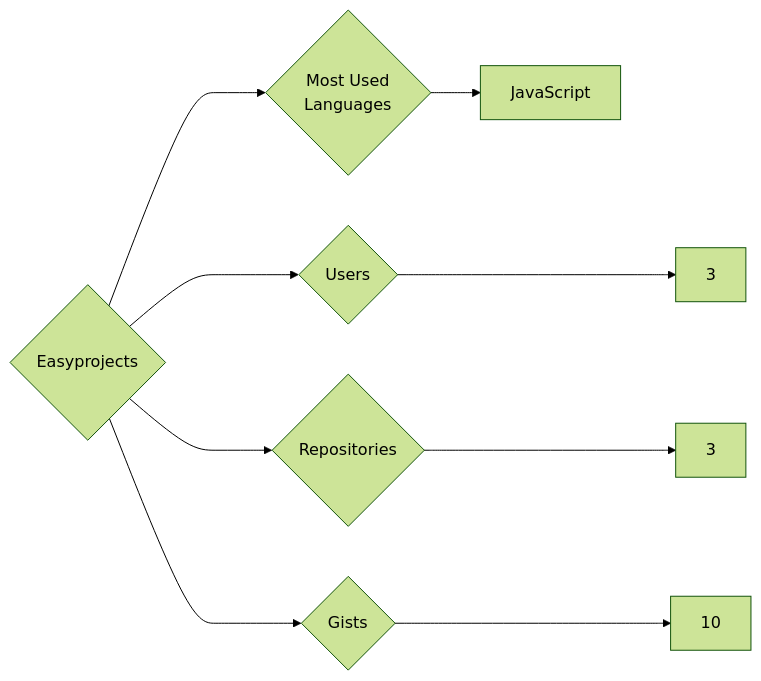
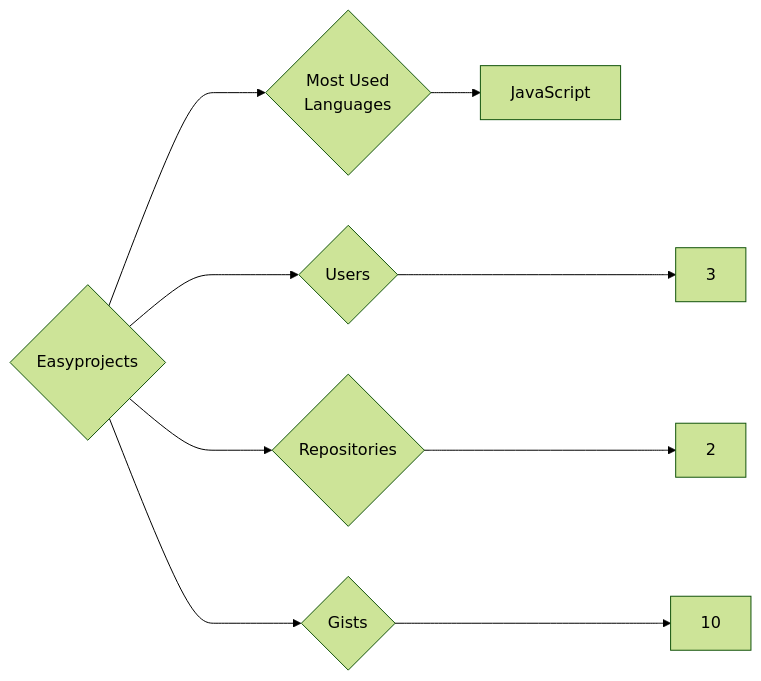
Before and after one commit to trickest/insiders: the diagram in targets/Easyprojects/README.md, drawn with Mermaid (forest theme). The commit also changed 1123 other files, not shown here.

````diff
--- a/targets/Easyprojects/README.md
+++ b/targets/Easyprojects/README.md
@@ -3,9 +3,9 @@
 ```mermaid
 graph LR
 COMPANY_NAME{Easyprojects}
 COMPANY_NAME ---> U{Users} ---> UN[3]
-COMPANY_NAME ---> R{Repositories} ---> RN[3]
+COMPANY_NAME ---> R{Repositories} ---> RN[2]
 COMPANY_NAME ---> G{Gists} ---> GN[10]
 COMPANY_NAME ---> ML{Most Used<br>Languages}
 ML --> JavaScript[JavaScript]
 ```
````
